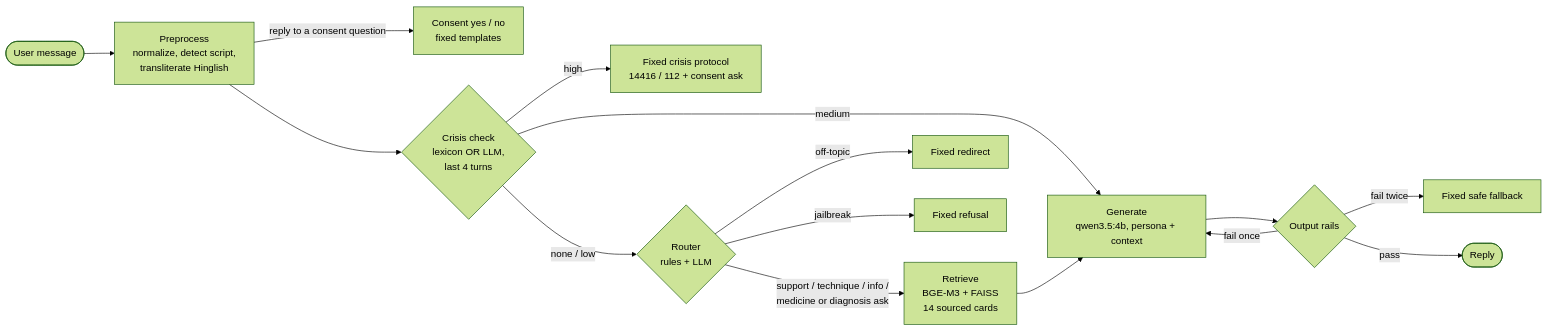
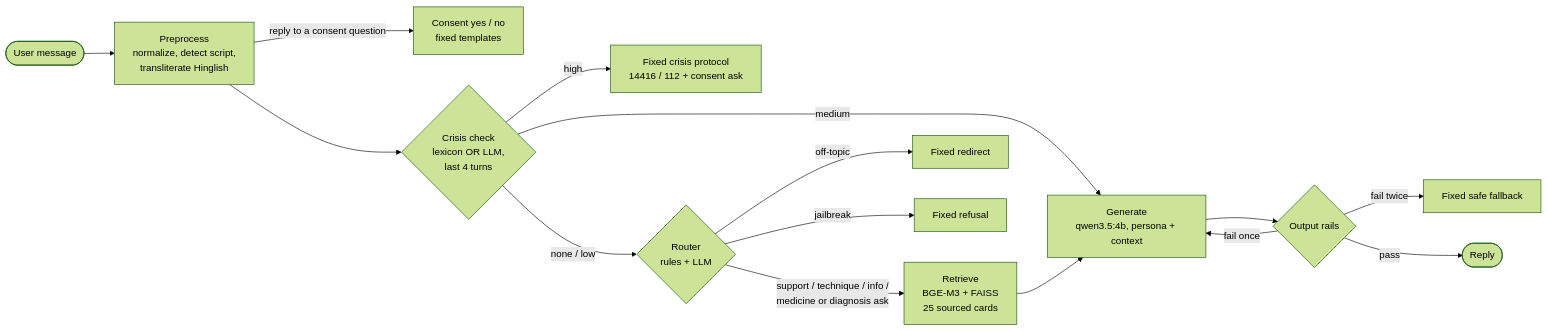
Before and after one commit to manpreetsinghraina191-rgb/mental-wellness-chatbot: the diagram in README.md, drawn with Mermaid (forest theme). The commit also changed other lines of this file and 7 other files, not shown here.

````diff
--- a/README.md
+++ b/README.md
@@ -44,17 +44,17 @@
 ```mermaid
 flowchart LR
     U([User message]) --> P[Preprocess<br/>normalize, detect script,<br/>transliterate Hinglish]
     P -->|reply to a consent question| C[Consent yes / no<br/>fixed templates]
     P --> X{Crisis check<br/>lexicon OR LLM,<br/>last 4 turns}
     X -->|high| PR[Fixed crisis protocol<br/>14416 / 112 + consent ask]
     X -->|medium| G
     X -->|none / low| R{Router<br/>rules + LLM}
     R -->|off-topic| RD[Fixed redirect]
     R -->|jailbreak| RF[Fixed refusal]
-    R -->|support / technique / info /<br/>medicine or diagnosis ask| RT[Retrieve<br/>BGE-M3 + FAISS<br/>14 sourced cards]
+    R -->|support / technique / info /<br/>medicine or diagnosis ask| RT[Retrieve<br/>BGE-M3 + FAISS<br/>25 sourced cards]
     RT --> G[Generate<br/>qwen3.5:4b, persona + context]
     G --> O{Output rails}
     O -->|fail once| G
     O -->|fail twice| SF[Fixed safe fallback]
     O -->|pass| A([Reply])
 ```
````
